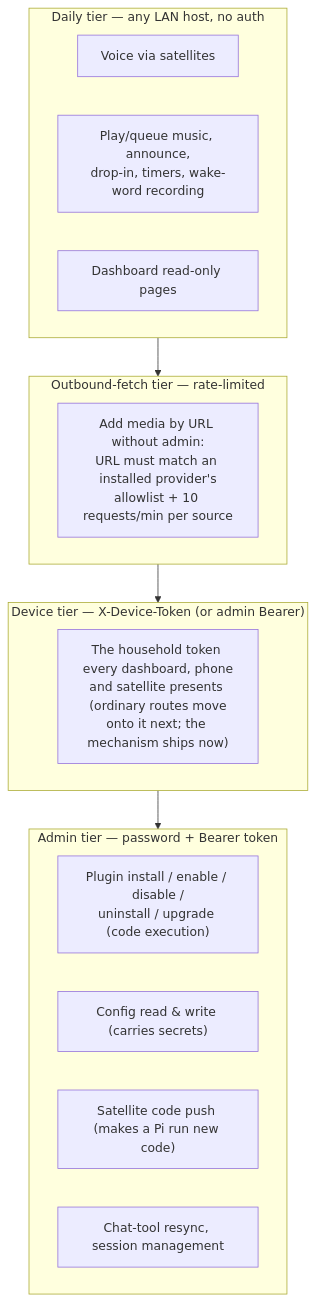
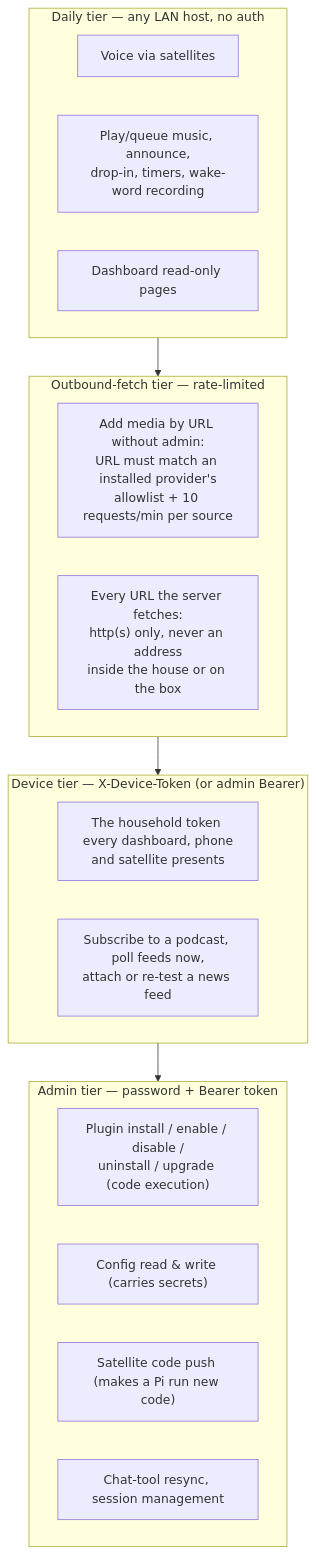
One commit to coders-farm-official/domovoi changed the diagram in docs/SECURITY_PRIVACY.md. Above: the diagram before and after it, drawn with Mermaid. The commit also changed other lines of this file and 19 other files, not shown here.

````diff
--- a/docs/SECURITY_PRIVACY.md
+++ b/docs/SECURITY_PRIVACY.md
@@ -37,21 +37,23 @@
 ```mermaid
 flowchart TB
     subgraph daily["Daily tier — any LAN host, no auth"]
         d1["Voice via satellites"]
         d2["Play/queue music, announce,<br/>drop-in, timers, wake-word recording"]
         d3["Dashboard read-only pages"]
     end
     subgraph fetch["Outbound-fetch tier — rate-limited"]
         f1["Add media by URL without admin:<br/>URL must match an installed provider's<br/>allowlist + 10 requests/min per source"]
+        f2["Every URL the server fetches:<br/>http(s) only, never an address<br/>inside the house or on the box"]
     end
     subgraph device["Device tier — X-Device-Token (or admin Bearer)"]
-        v1["The household token every dashboard, phone<br/>and satellite presents (ordinary routes move<br/>onto it next; the mechanism ships now)"]
+        v1["The household token every dashboard, phone<br/>and satellite presents"]
+        v2["Subscribe to a podcast, poll feeds now,<br/>attach or re-test a news feed"]
     end
     subgraph admin["Admin tier — password + Bearer token"]
         a1["Plugin install / enable / disable /<br/>uninstall / upgrade (code execution)"]
         a2["Config read & write (carries secrets)"]
         a3["Satellite code push (makes a Pi run new code)"]
         a4["Chat-tool resync, session management"]
     end
     daily --> fetch --> device --> admin
 ```
````
